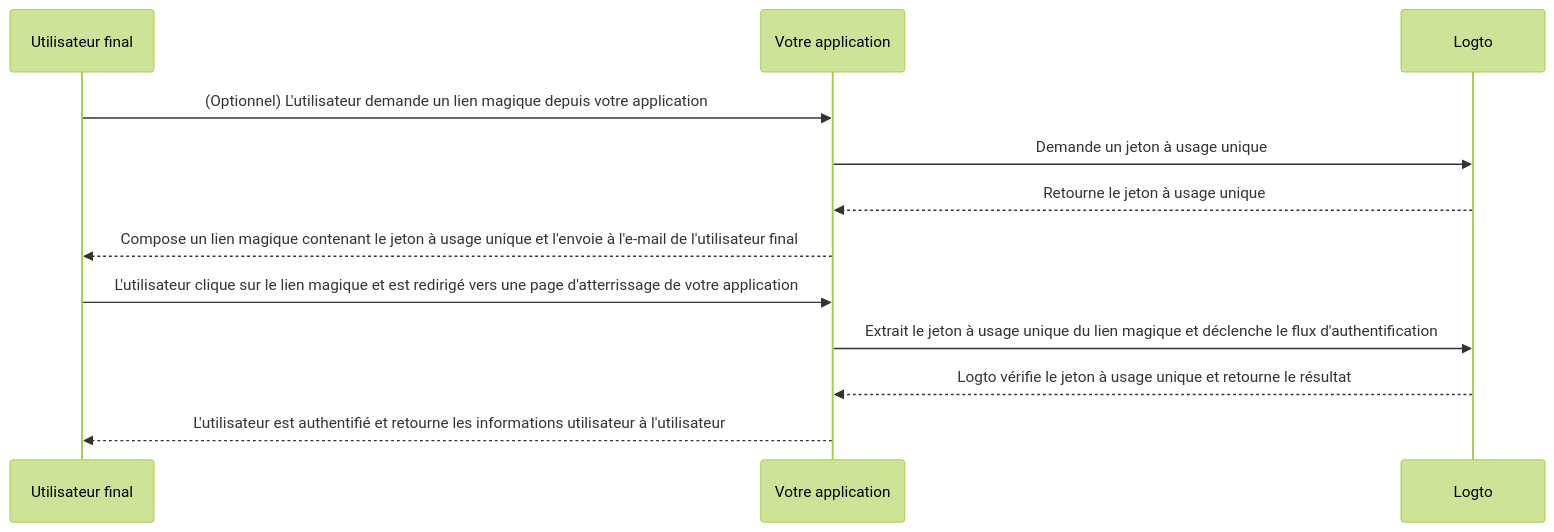
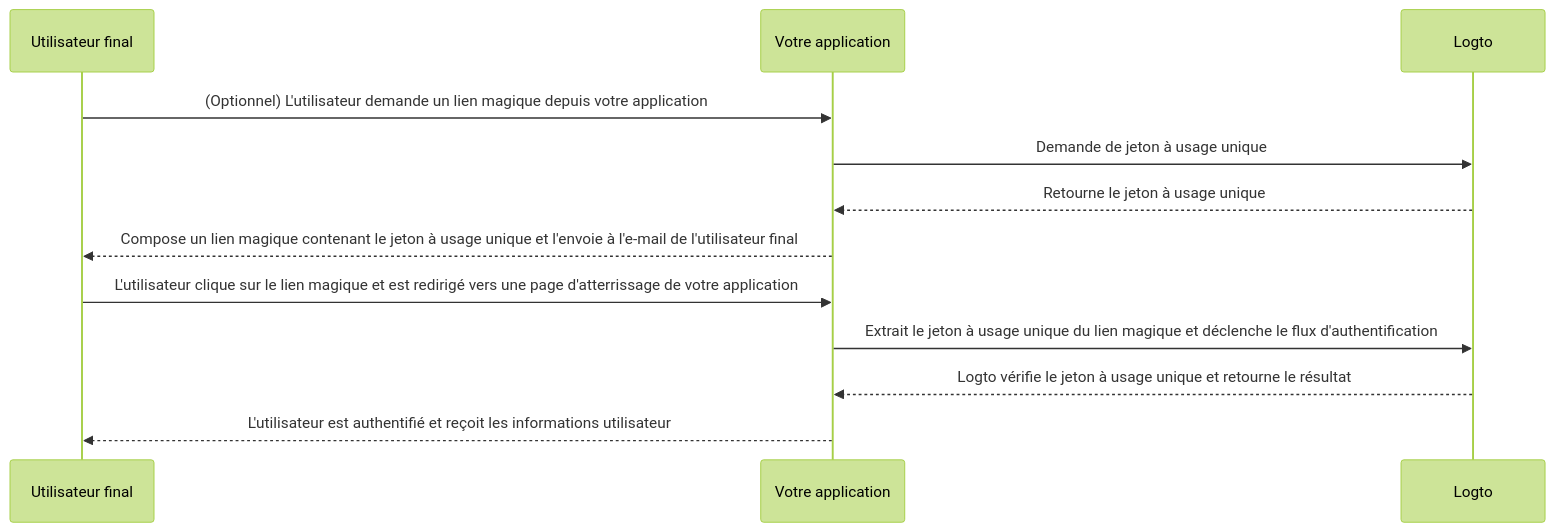
One commit to logto-io/docs changed the diagram in i18n/fr/docusaurus-plugin-content-docs/current/end-user-flows/one-time-token.mdx. Above: the diagram before and after it, drawn with Mermaid (forest theme). The commit also changed other lines of this file and 666 other files, not shown here.

````diff
--- a/i18n/fr/docusaurus-plugin-content-docs/current/end-user-flows/one-time-token.mdx
+++ b/i18n/fr/docusaurus-plugin-content-docs/current/end-user-flows/one-time-token.mdx
@@ -38,15 +38,15 @@
 ```mermaid
 sequenceDiagram
   participant U as Utilisateur final
   participant C as Votre application
   participant L as Logto
 
   U ->> C: (Optionnel) L'utilisateur demande un lien magique depuis votre application
-  C ->> L: Demande un jeton à usage unique
+  C ->> L: Demande de jeton à usage unique
   L -->> C: Retourne le jeton à usage unique
   C -->> U: Compose un lien magique contenant le jeton à usage unique et l'envoie à l'e-mail de l'utilisateur final
   U ->> C: L'utilisateur clique sur le lien magique et est redirigé vers une page d'atterrissage de votre application
   C ->> L: Extrait le jeton à usage unique du lien magique et déclenche le flux d'authentification
   L -->> C: Logto vérifie le jeton à usage unique et retourne le résultat
-  C -->> U: L'utilisateur est authentifié et retourne les informations utilisateur à l'utilisateur
+  C -->> U: L'utilisateur est authentifié et reçoit les informations utilisateur
 ```
````
